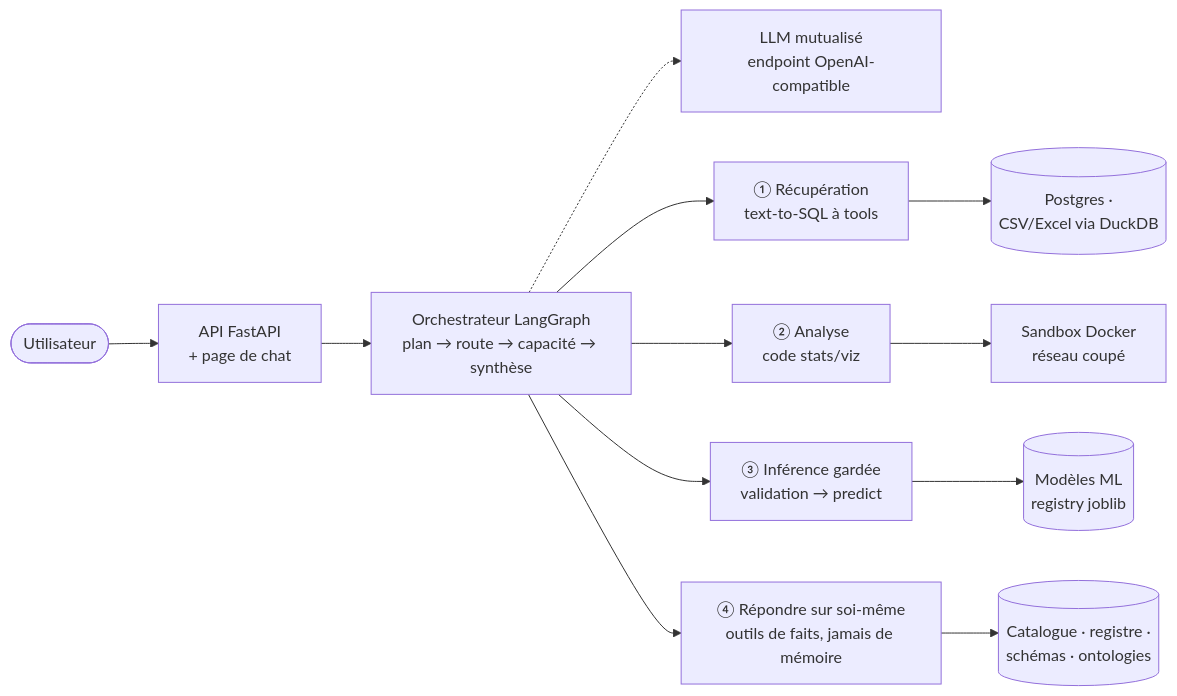
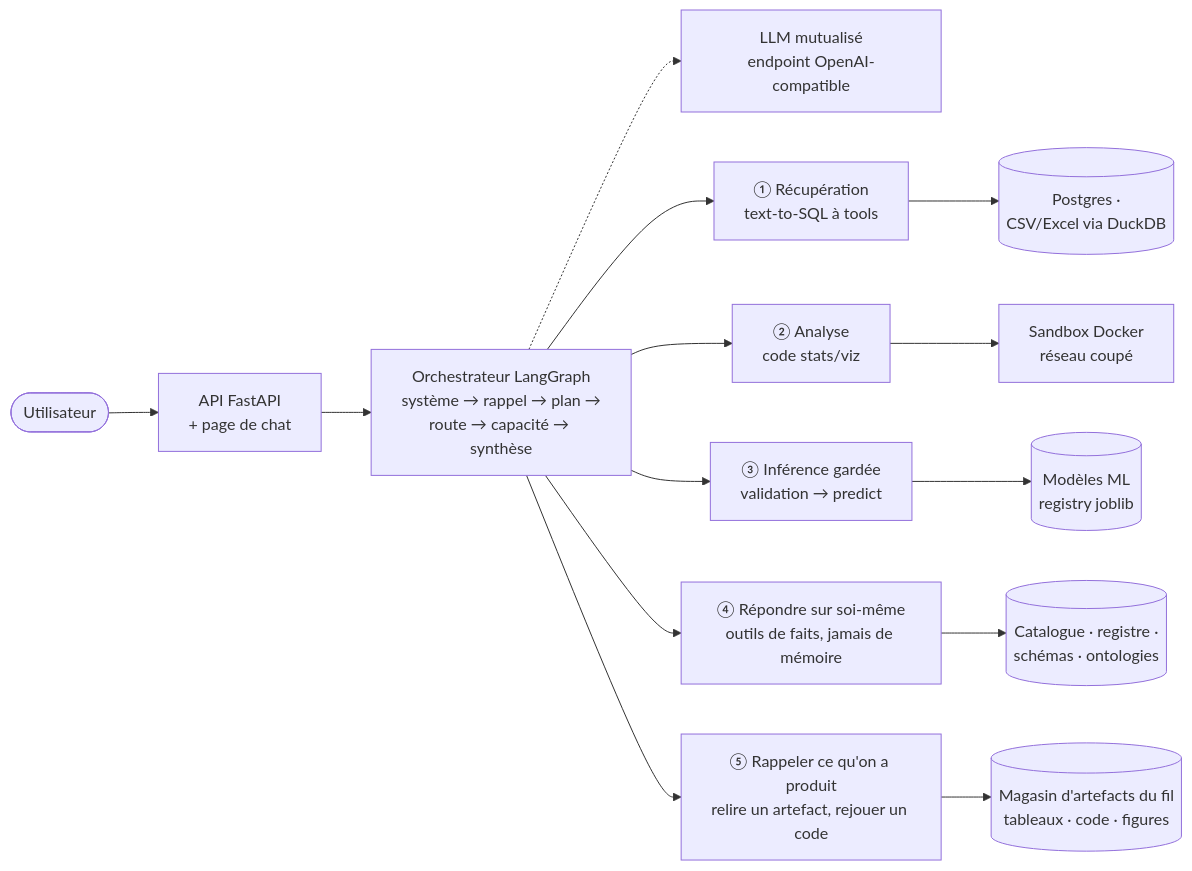
Before and after one commit to floSa/data-analyst-agent: the diagram in README.md, drawn with Mermaid. The commit also changed other lines of this file and 1 other file, not shown here.

````diff
--- a/README.md
+++ b/README.md
@@ -35,14 +36,16 @@
 ```mermaid
 flowchart LR
     U(["Utilisateur"]) --> API["API FastAPI<br/>+ page de chat"]
-    API --> O["Orchestrateur LangGraph<br/>plan → route → capacité → synthèse"]
+    API --> O["Orchestrateur LangGraph<br/>système → rappel → plan →<br/>route → capacité → synthèse"]
     O -.-> L["LLM mutualisé<br/>endpoint OpenAI-compatible"]
     O --> R["① Récupération<br/>text-to-SQL à tools"]
     O --> A["② Analyse<br/>code stats/viz"]
     O --> I["③ Inférence gardée<br/>validation → predict"]
     O --> Y["④ Répondre sur soi-même<br/>outils de faits, jamais de mémoire"]
+    O --> W["⑤ Rappeler ce qu'on a produit<br/>relire un artefact, rejouer un code"]
     Y --> C[("Catalogue · registre ·<br/>schémas · ontologies")]
+    W --> Z[("Magasin d'artefacts du fil<br/>tableaux · code · figures")]
     R --> D[("Postgres ·<br/>CSV/Excel via DuckDB")]
     A --> S["Sandbox Docker<br/>réseau coupé"]
     I --> M[("Modèles ML<br/>registry joblib")]
 ```
````
